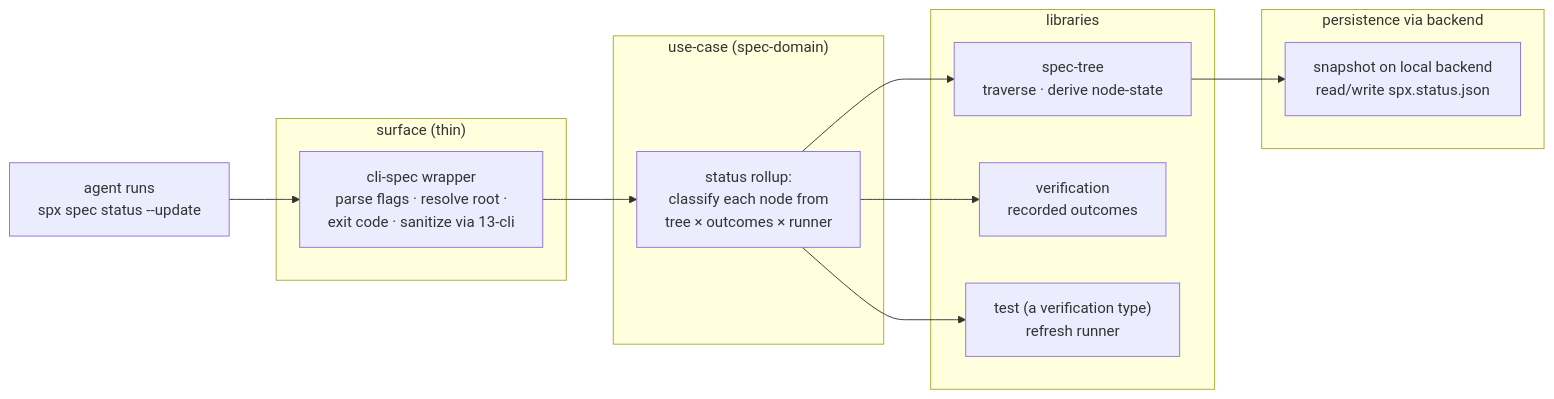
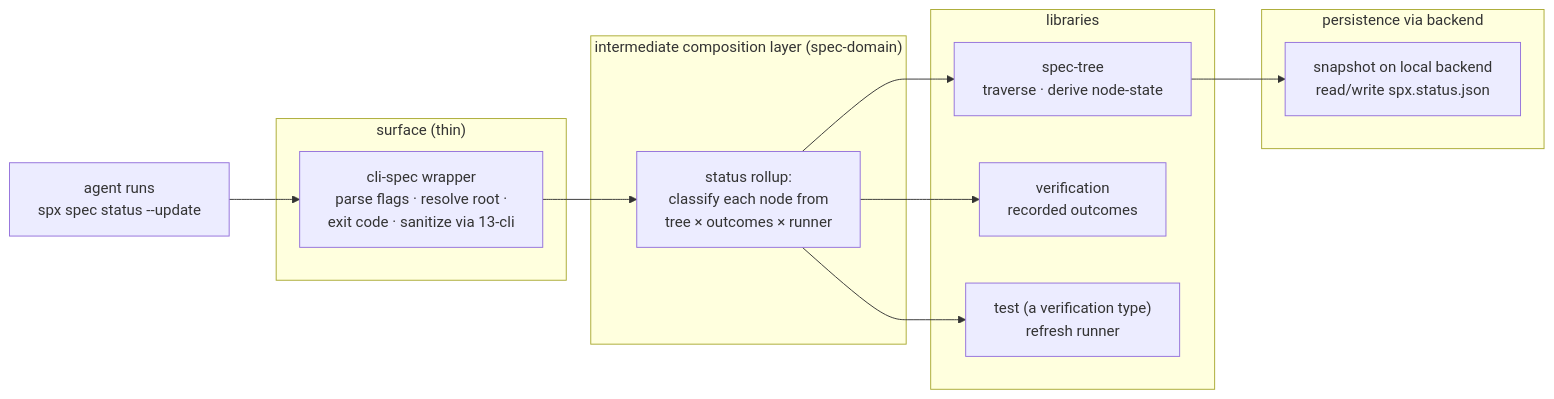
One commit to outcomeeng/spx changed the second of 2 diagrams in spx/PLAN.md. Above: the diagram before and after it, drawn with Mermaid. The commit also changed other lines of this file and 15 other files, not shown here.

````diff
--- a/spx/PLAN.md
+++ b/spx/PLAN.md
@@ -103,23 +105,23 @@
 ```mermaid
 flowchart LR
   U["agent runs<br/>spx spec status --update"] --> W
   subgraph S["surface (thin)"]
     W["cli-spec wrapper<br/>parse flags · resolve root ·<br/>exit code · sanitize via 13-cli"]
   end
-  subgraph UC["use-case (spec-domain)"]
+  subgraph UC["intermediate composition layer (spec-domain)"]
     R["status rollup:<br/>classify each node from<br/>tree × outcomes × runner"]
   end
   subgraph L["libraries"]
     STL["spec-tree<br/>traverse · derive node-state"]
     VERL["verification<br/>recorded outcomes"]
     TSTL["test (a verification type)<br/>refresh runner"]
   end
   subgraph B["persistence via backend"]
     FSL["snapshot on local backend<br/>read/write spx.status.json"]
   end
   W --> R
   R --> STL
   R --> VERL
   R --> TSTL
   STL --> FSL
 ```
````
